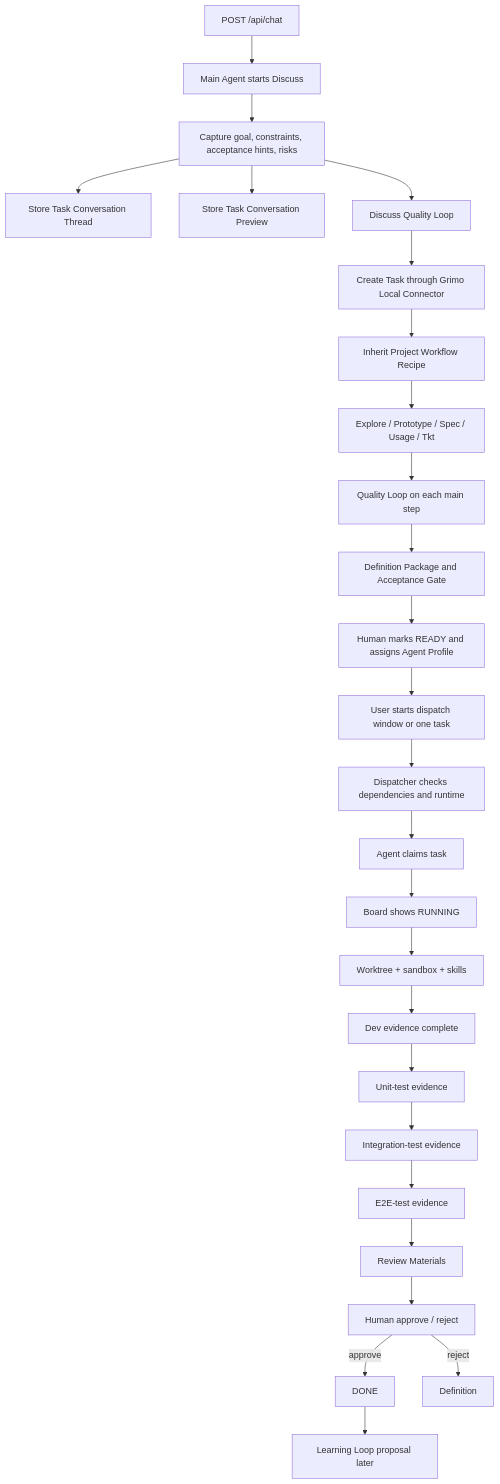
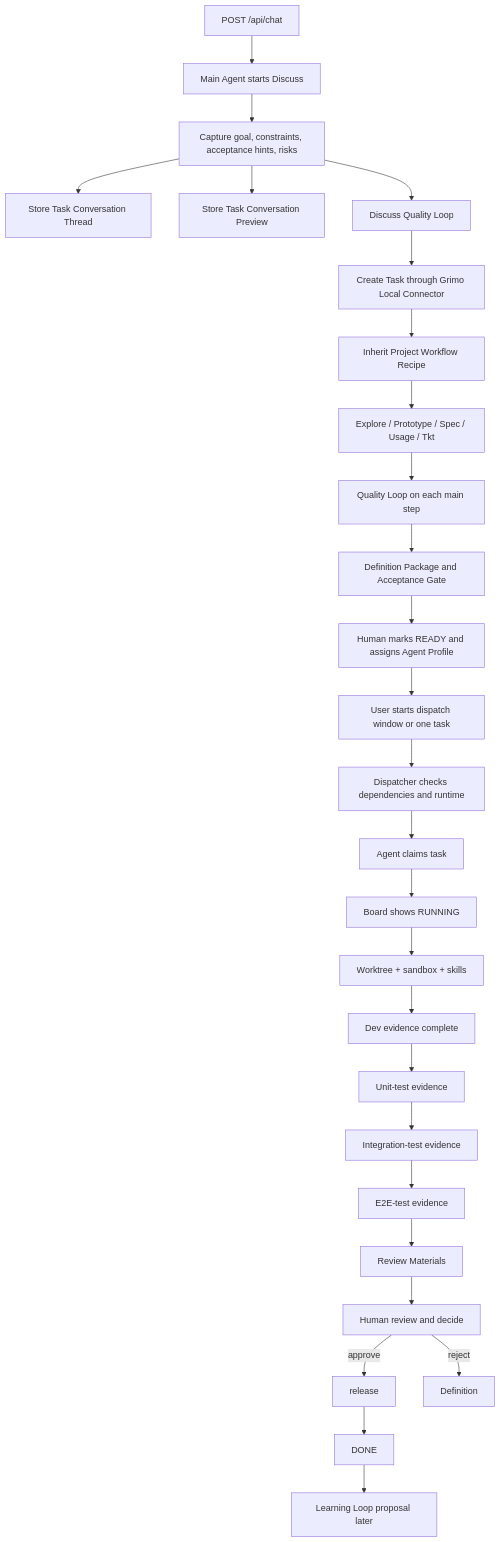
Before and after one commit to samzhu/grimoAPP: diagram 14 of 14 in docs/grimo/PRD.md, drawn with Mermaid. The commit also changed other lines of this file and 29 other files, not shown here.

````diff
--- a/docs/grimo/PRD.md
+++ b/docs/grimo/PRD.md
@@ -842,28 +851,29 @@
 ```mermaid
 flowchart TD
   ChatApi["POST /api/chat"] --> Discuss["Main Agent starts Discuss"]
   Discuss --> Capture["Capture goal, constraints, acceptance hints, risks"]
   Capture --> Thread["Store Task Conversation Thread"]
   Capture --> Preview["Store Task Conversation Preview"]
   Capture --> DiscussQL["Discuss Quality Loop"]
   DiscussQL --> LocalTask["Create Task through Grimo Local Connector"]
   LocalTask --> Recipe["Inherit Project Workflow Recipe"]
   Recipe --> DefinitionSteps["Explore / Prototype / Spec / Usage / Tkt"]
   DefinitionSteps --> DefinitionQL["Quality Loop on each main step"]
   DefinitionQL --> Package["Definition Package and Acceptance Gate"]
   Package --> Ready["Human marks READY and assigns Agent Profile"]
   Ready --> Dispatch["User starts dispatch window or one task"]
   Dispatch --> Preflight["Dispatcher checks dependencies and runtime"]
   Preflight --> Claim["Agent claims task"]
   Claim --> Running["Board shows RUNNING"]
   Running --> Workspace["Worktree + sandbox + skills"]
   Workspace --> Dev["Dev evidence complete"]
   Dev --> UnitTest["Unit-test evidence"]
   UnitTest --> IntegrationTest["Integration-test evidence"]
   IntegrationTest --> E2ETest["E2E-test evidence"]
   E2ETest --> ReviewMaterials["Review Materials"]
-  ReviewMaterials --> HumanReview["Human approve / reject"]
-  HumanReview -- "approve" --> Done["DONE"]
+  ReviewMaterials --> HumanReview["Human review and decide"]
+  HumanReview -- "approve" --> ReleaseAction["release"]
+  ReleaseAction --> Done["DONE"]
   HumanReview -- "reject" --> Definition
   Done --> Learning["Learning Loop proposal later"]
 ```
````
